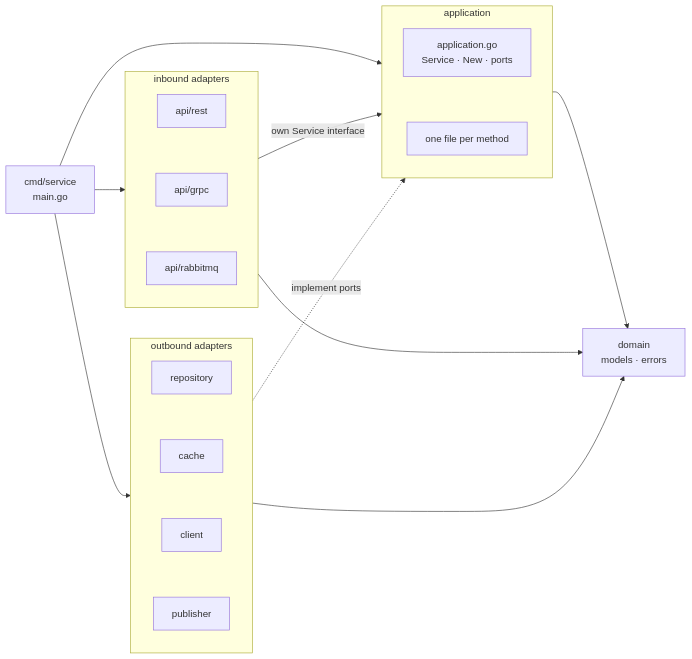
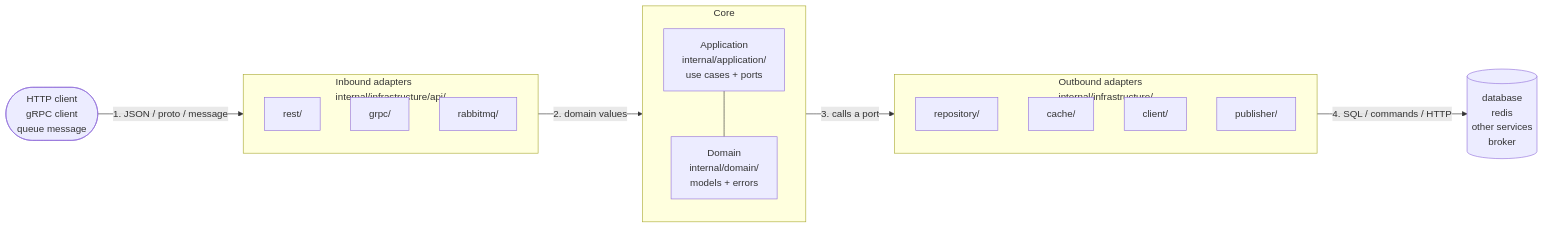
The diagram in roles/ai/files/skills/go-service/SKILL.md (drew138/.dotfiles), drawn with Mermaid before and after one commit. The commit also changed other lines of this file and 14 other files, not shown here.

First line of the commit message:
refactor(ai): name the application struct Application in go-service

````diff
--- a/roles/ai/files/skills/go-service/SKILL.md
+++ b/roles/ai/files/skills/go-service/SKILL.md
@@ -29,18 +31,33 @@
 ```mermaid
 flowchart LR
-    main["cmd/service<br/>main.go"] --> inbound & outbound & app
-    subgraph inbound["inbound adapters"]
-        rest["api/rest"] ~~~ grpc["api/grpc"] ~~~ consumer["api/rabbitmq"]
+    caller(["HTTP client<br/>gRPC client<br/>queue message"])
+
+    subgraph inbound["Inbound adapters<br/>internal/infrastructure/api/"]
+        direction TB
+        rest["rest/"]
+        grpc["grpc/"]
+        consumer["rabbitmq/"]
     end
-    subgraph app["application"]
-        appgo["application.go<br/>Service · New · ports"] ~~~ methods["one file per method"]
+
+    subgraph core["Core"]
+        direction TB
+        app["Application<br/>internal/application/<br/>use cases + ports"]
+        domain["Domain<br/>internal/domain/<br/>models + errors"]
+        app --- domain
     end
-    subgraph outbound["outbound adapters"]
-        repo["repository"] ~~~ cache["cache"] ~~~ client["client"] ~~~ pub["publisher"]
+
+    subgraph outbound["Outbound adapters<br/>internal/infrastructure/"]
+        direction TB
+        repo["repository/"]
+        cache["cache/"]
+        client["client/"]
+        pub["publisher/"]
     end
-    domain["domain<br/>models · errors"]
-    inbound -->|"own Service interface"| app
-    outbound -.->|"implement ports"| app
-    app --> domain
-    inbound & outbound --> domain
+
+    world[("database<br/>redis<br/>other services<br/>broker")]
+
+    caller -->|"1. JSON / proto / message"| inbound
+    inbound -->|"2. domain values"| app
+    app -->|"3. calls a port"| outbound
+    outbound -->|"4. SQL / commands / HTTP"| world
 ```
````
